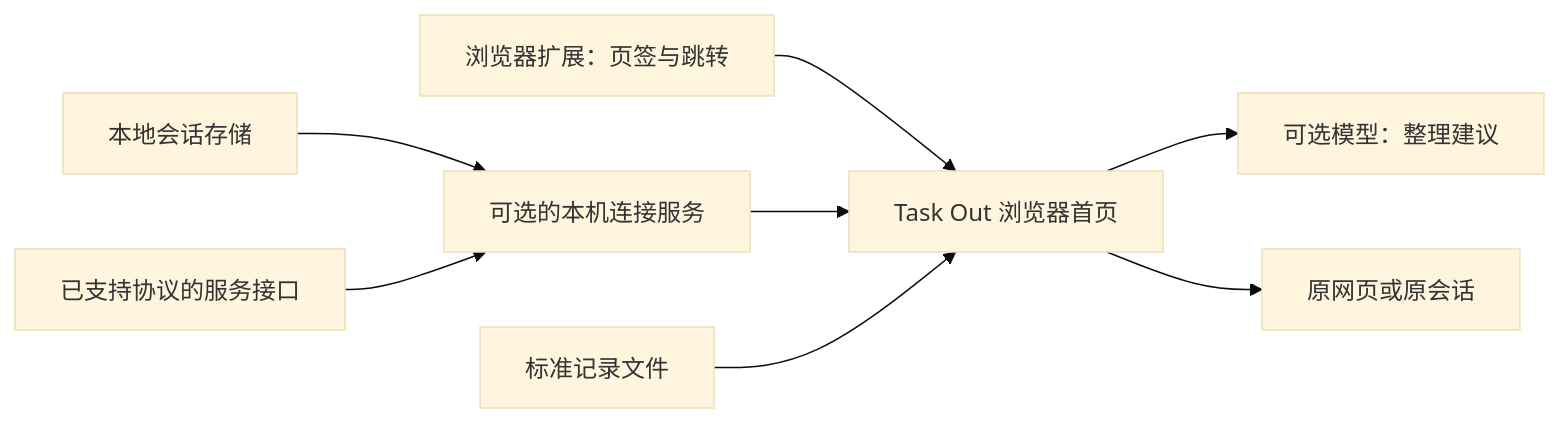
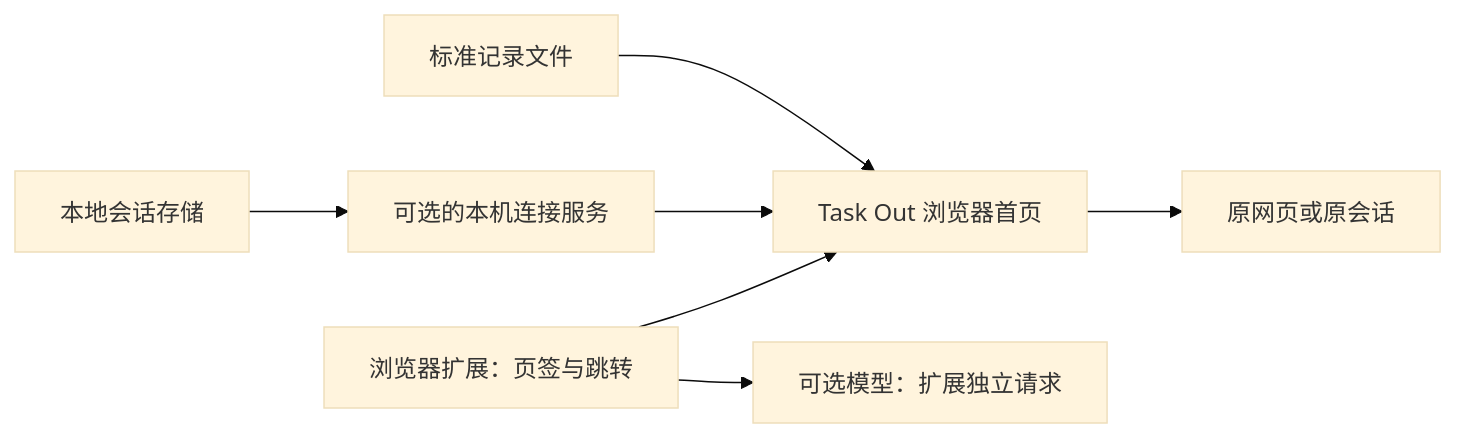
Before and after one commit to yuuuyua-ux/task-out: the diagram in docs/product-plan.md, drawn with Mermaid (base theme). The commit also changed other lines of this file, not shown here.

````diff
--- a/docs/product-plan.md
+++ b/docs/product-plan.md
@@ -50,10 +59,9 @@
 ```mermaid
 flowchart LR
     Browser[浏览器扩展：页签与跳转] --> View[Task Out 浏览器首页]
     Local[本地会话存储] --> Bridge[可选的本机连接服务]
-    API[已支持协议的服务接口] --> Bridge
     Bridge --> View
     Import[标准记录文件] --> View
-    View --> Model[可选模型：整理建议]
+    Browser --> Model[可选模型：扩展独立请求]
     View --> Origin[原网页或原会话]
 ```
````
